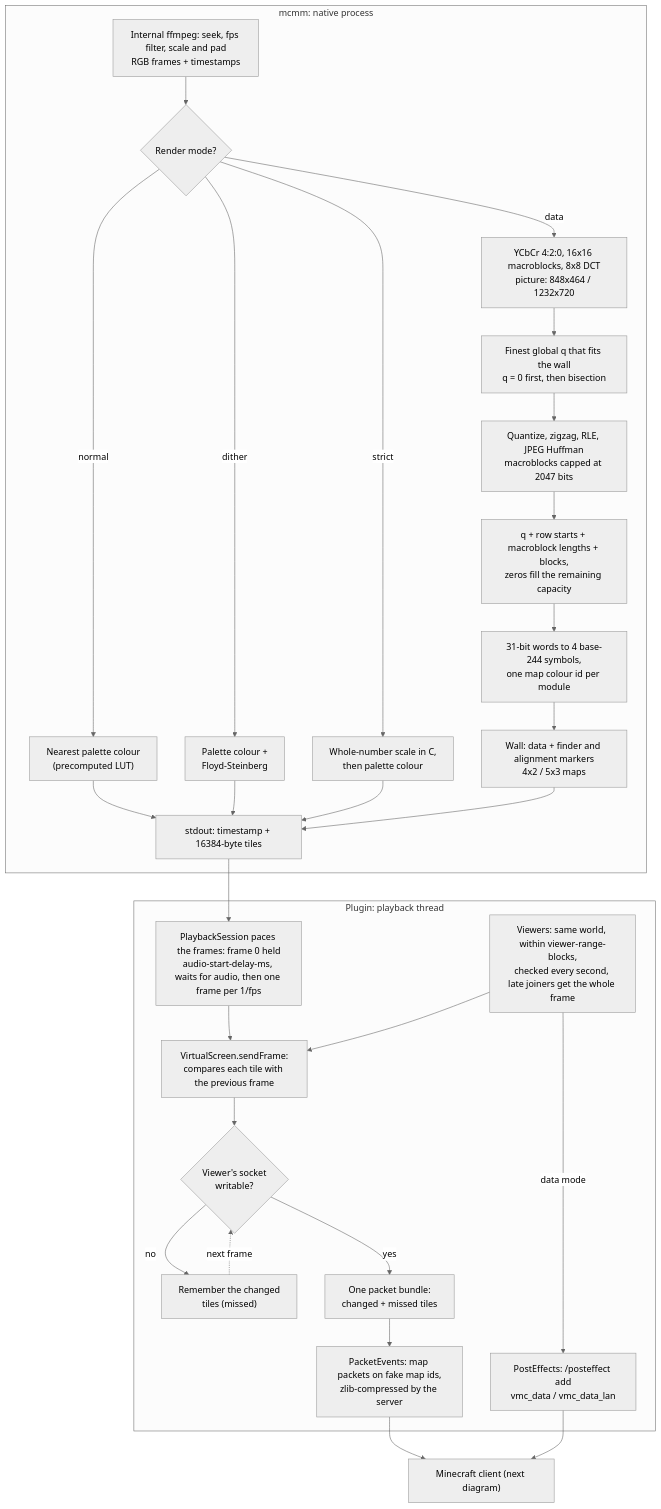
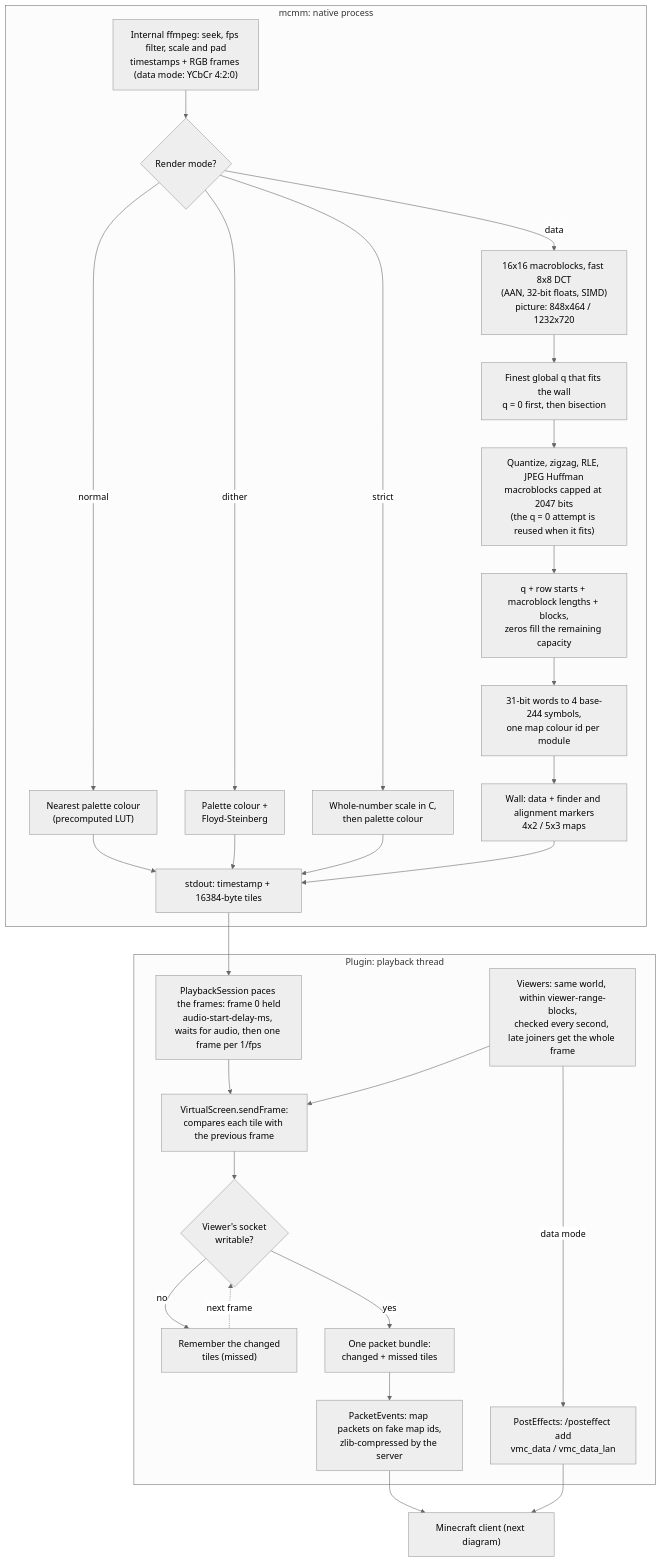
Before and after one commit to Futiax/VMC: the third of 4 diagrams in WIKI.md, drawn with Mermaid (neutral theme). The commit also changed other lines of this file and 29 other files, not shown here.

````diff
--- a/WIKI.md
+++ b/WIKI.md
@@ -181,34 +203,34 @@
 ```mermaid
 flowchart TD
     subgraph ENC["mcmm: native process"]
-        FF["Internal ffmpeg: seek, fps filter, scale and pad<br/>RGB frames + timestamps"] --> MODE{"Render mode?"}
+        FF["Internal ffmpeg: seek, fps filter, scale and pad<br/>timestamps + RGB frames (data mode: YCbCr 4:2:0)"] --> MODE{"Render mode?"}
         MODE -- "normal" --> LUT["Nearest palette colour<br/>(precomputed LUT)"]
         MODE -- "dither" --> DITH["Palette colour +<br/>Floyd-Steinberg"]
         MODE -- "strict" --> STRICT["Whole-number scale in C,<br/>then palette colour"]
-        MODE -- "data" --> DCT["YCbCr 4:2:0, 16x16 macroblocks, 8x8 DCT<br/>picture: 848x464 / 1232x720"]
+        MODE -- "data" --> DCT["16x16 macroblocks, fast 8x8 DCT<br/>(AAN, 32-bit floats, SIMD)<br/>picture: 848x464 / 1232x720"]
         DCT --> Q["Finest global q that fits the wall<br/>q = 0 first, then bisection"]
-        Q --> VLC["Quantize, zigzag, RLE, JPEG Huffman<br/>macroblocks capped at 2047 bits"]
+        Q --> VLC["Quantize, zigzag, RLE, JPEG Huffman<br/>macroblocks capped at 2047 bits<br/>(the q = 0 attempt is reused when it fits)"]
         VLC --> IDX["q + row starts + macroblock lengths + blocks,<br/>zeros fill the remaining capacity"]
         IDX --> SYM["31-bit words to 4 base-244 symbols,<br/>one map colour id per module"]
         SYM --> WALL["Wall: data + finder and alignment markers<br/>4x2 / 5x3 maps"]
         LUT --> OUT["stdout: timestamp + 16384-byte tiles"]
         DITH --> OUT
         STRICT --> OUT
         WALL --> OUT
     end
 
     subgraph SEND["Plugin: playback thread"]
         OUT --> PACE["PlaybackSession paces the frames: frame 0 held<br/>audio-start-delay-ms, waits for audio, then one frame per 1/fps"]
         PACE --> DIFF["VirtualScreen.sendFrame:<br/>compares each tile with the previous frame"]
         VIEW["Viewers: same world, within viewer-range-blocks,<br/>checked every second, late joiners get the whole frame"] --> DIFF
         DIFF --> CAN{"Viewer's socket<br/>writable?"}
         CAN -- "no" --> DEBT["Remember the changed<br/>tiles (missed)"]
         DEBT -. "next frame" .-> CAN
         CAN -- "yes" --> BUNDLE["One packet bundle:<br/>changed + missed tiles"]
         BUNDLE --> PE["PacketEvents: map packets on fake map ids,<br/>zlib-compressed by the server"]
         VIEW -- "data mode" --> FX["PostEffects: /posteffect add<br/>vmc_data / vmc_data_lan"]
     end
 
     PE --> NEXT["Minecraft client (next diagram)"]
     FX --> NEXT
 ```
````
